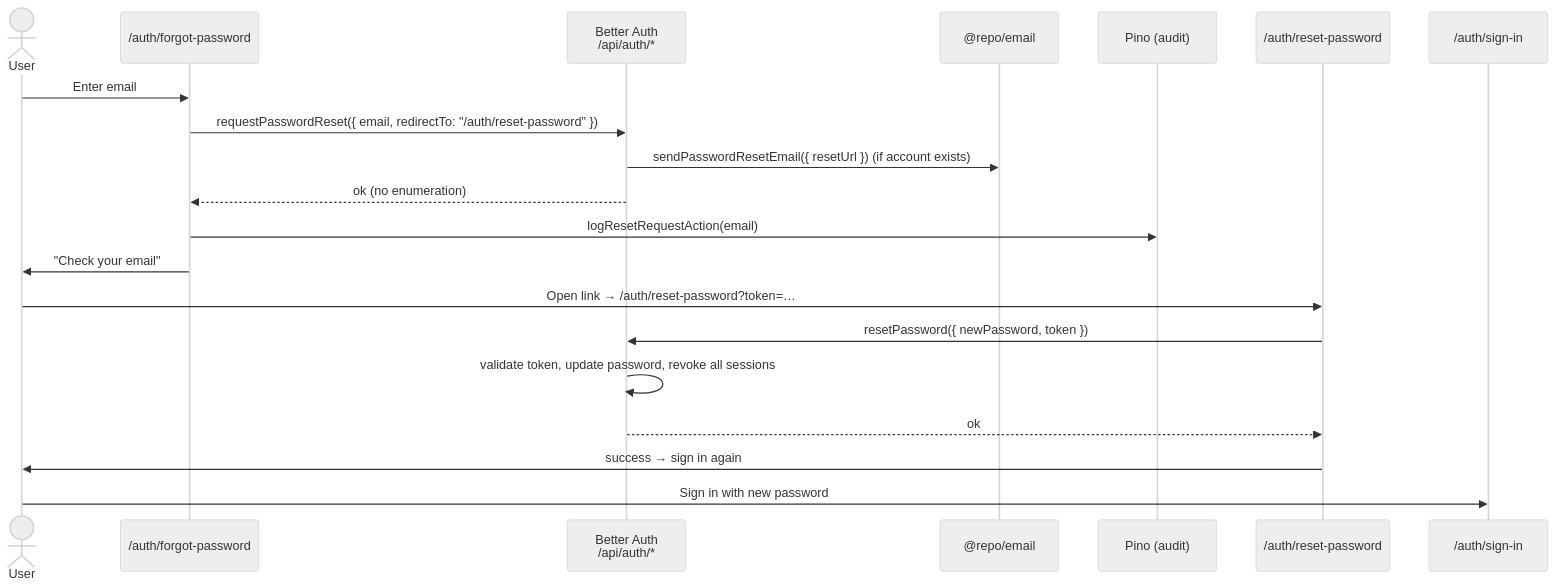
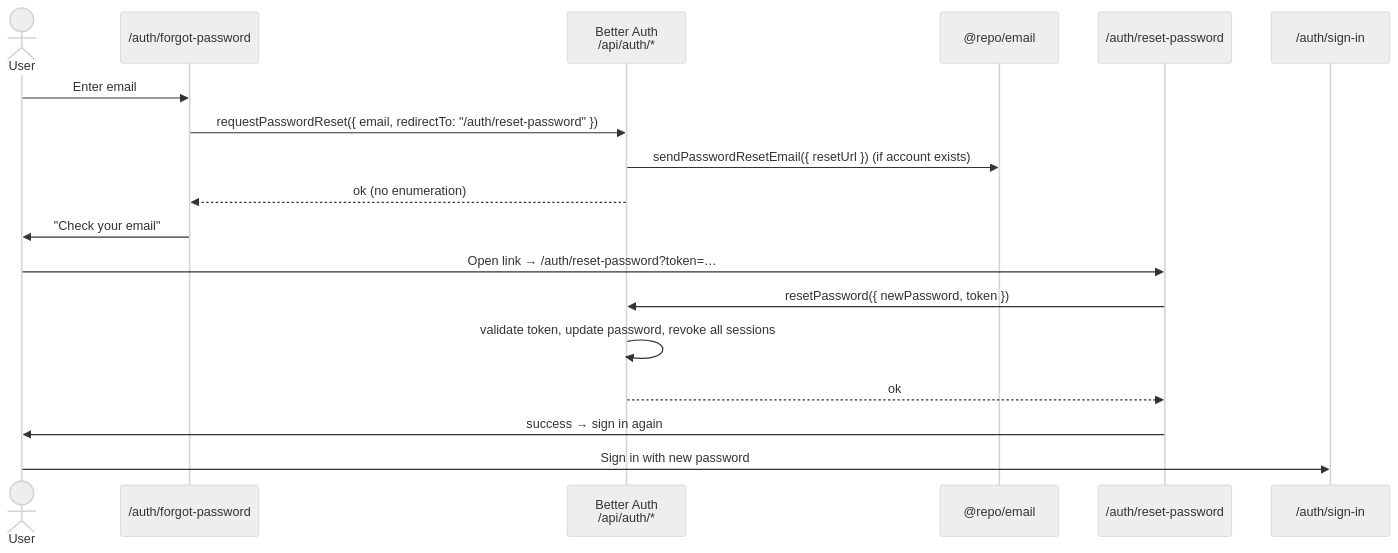
The diagram in apps/docs/content/docs/authentication/password-reset.mdx (saasprokit-com/saasprokit), drawn with Mermaid (neutral theme) before and after one commit. The commit also changed other lines of this file and 7 other files, not shown here.

````diff
--- a/apps/docs/content/docs/authentication/password-reset.mdx
+++ b/apps/docs/content/docs/authentication/password-reset.mdx
@@ -71,23 +66,21 @@
 ```mermaid
 sequenceDiagram
     actor User
     participant Forgot as /auth/forgot-password
     participant BA as Better Auth<br/>/api/auth/*
     participant Email as @repo/email
-    participant Log as Pino (audit)
     participant Reset as /auth/reset-password
     participant SignIn as /auth/sign-in
 
     User->>Forgot: Enter email
     Forgot->>BA: requestPasswordReset({ email, redirectTo: "/auth/reset-password" })
     BA->>Email: sendPasswordResetEmail({ resetUrl }) (if account exists)
     BA-->>Forgot: ok (no enumeration)
-    Forgot->>Log: logResetRequestAction(email)
     Forgot->>User: "Check your email"
     User->>Reset: Open link → /auth/reset-password?token=…
     Reset->>BA: resetPassword({ newPassword, token })
     BA->>BA: validate token, update password, revoke all sessions
     BA-->>Reset: ok
     Reset->>User: success → sign in again
     User->>SignIn: Sign in with new password
 ```
````
